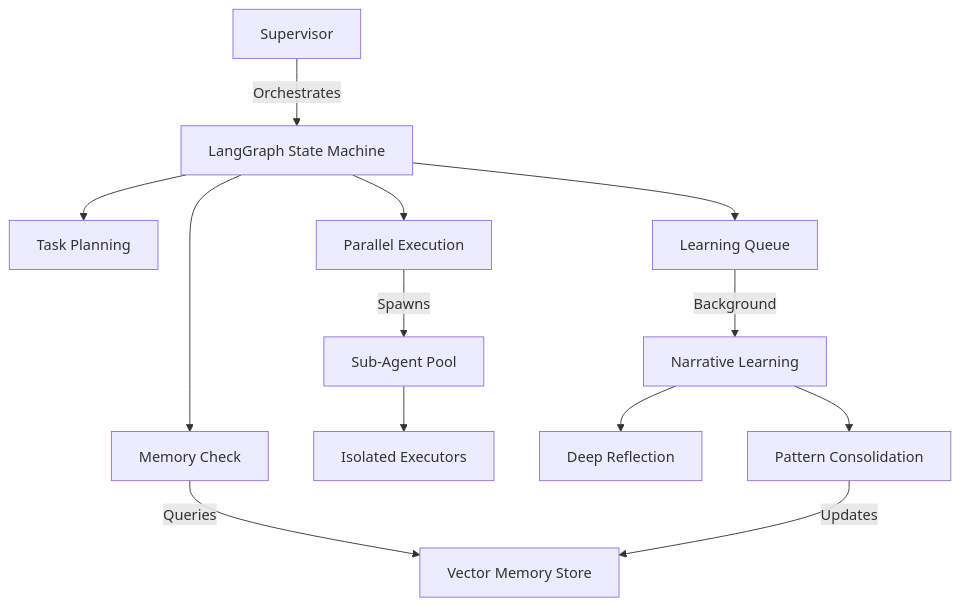
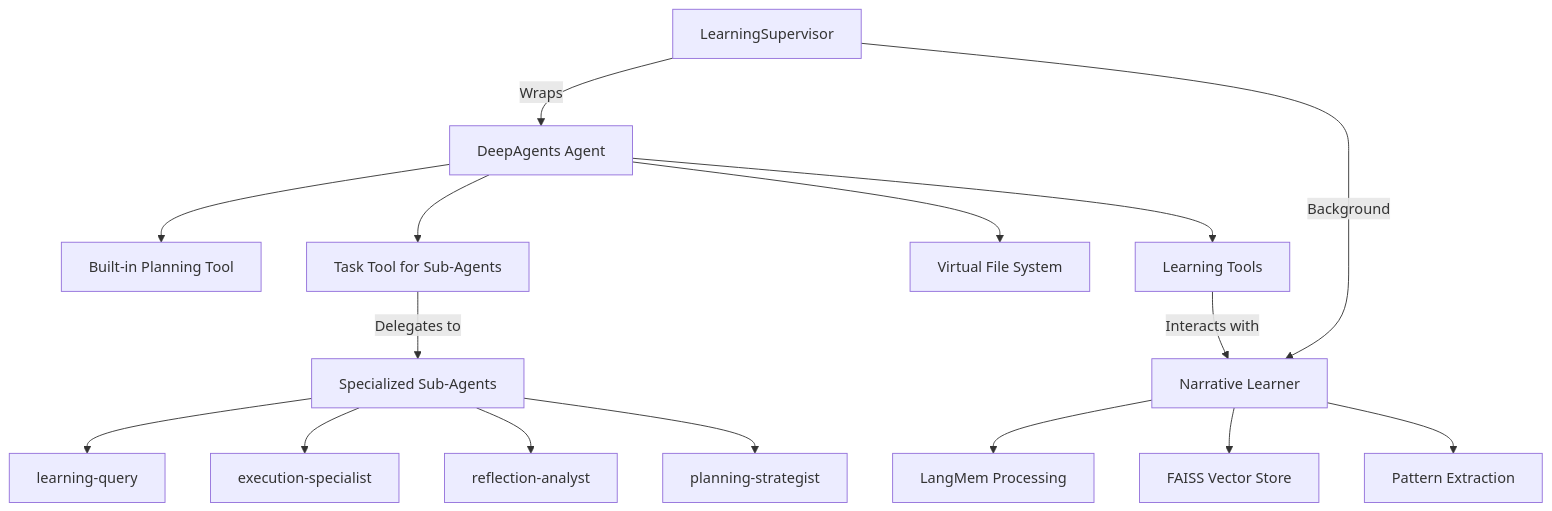
Before and after one commit to johannhartmann/learning-agent: the diagram in README.md, drawn with Mermaid. The commit also changed other lines of this file and 2 other files, not shown here.

````diff
--- a/README.md
+++ b/README.md
@@ -76,18 +99,21 @@
 ```mermaid
 graph TD
-    A[Supervisor] -->|Orchestrates| B[LangGraph State Machine]
-    B --> C[Memory Check]
-    B --> D[Task Planning]
-    B --> E[Parallel Execution]
-    B --> F[Learning Queue]
+    A[LearningSupervisor] -->|Wraps| B[DeepAgents Agent]
+    B --> C[Built-in Planning Tool]
+    B --> D[Task Tool for Sub-Agents]
+    B --> E[Virtual File System]
+    B --> F[Learning Tools]
 
-    E -->|Spawns| G[Sub-Agent Pool]
-    G --> H[Isolated Executors]
+    D -->|Delegates to| G[Specialized Sub-Agents]
+    G --> H[learning-query]
+    G --> I[execution-specialist]
+    G --> J[reflection-analyst]
+    G --> K[planning-strategist]
 
-    F -->|Background| I[Narrative Learning]
-    I --> J[Deep Reflection]
-    I --> K[Pattern Consolidation]
+    A -->|Background| L[Narrative Learner]
+    L --> M[LangMem Processing]
+    L --> N[FAISS Vector Store]
+    L --> O[Pattern Extraction]
 
-    C -->|Queries| L[Vector Memory Store]
-    K -->|Updates| L
+    F -->|Interacts with| L
 ```
````
